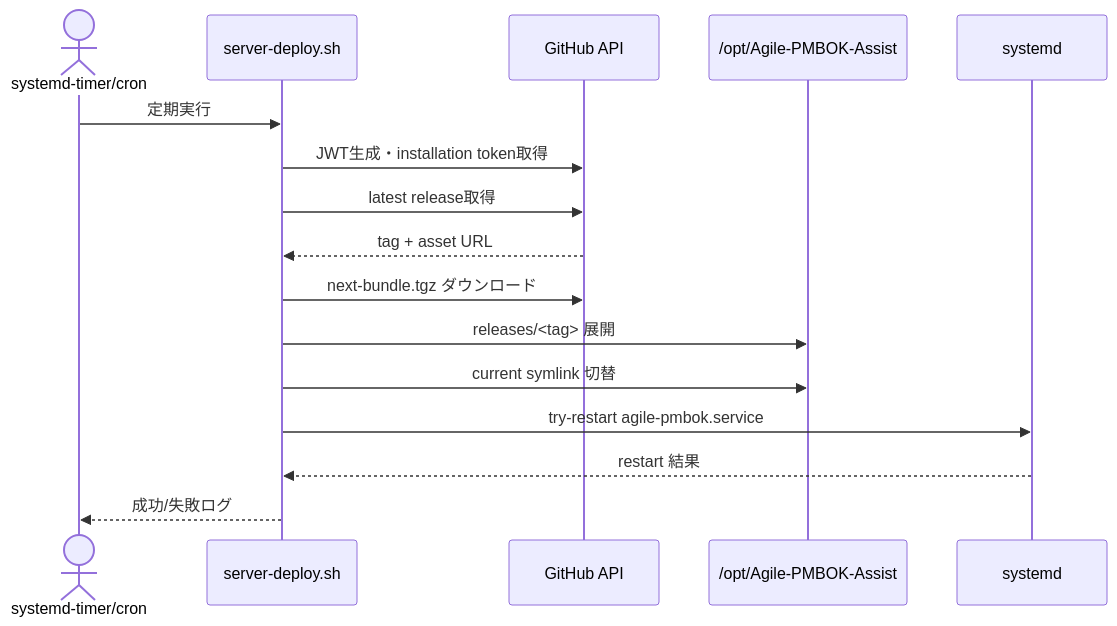
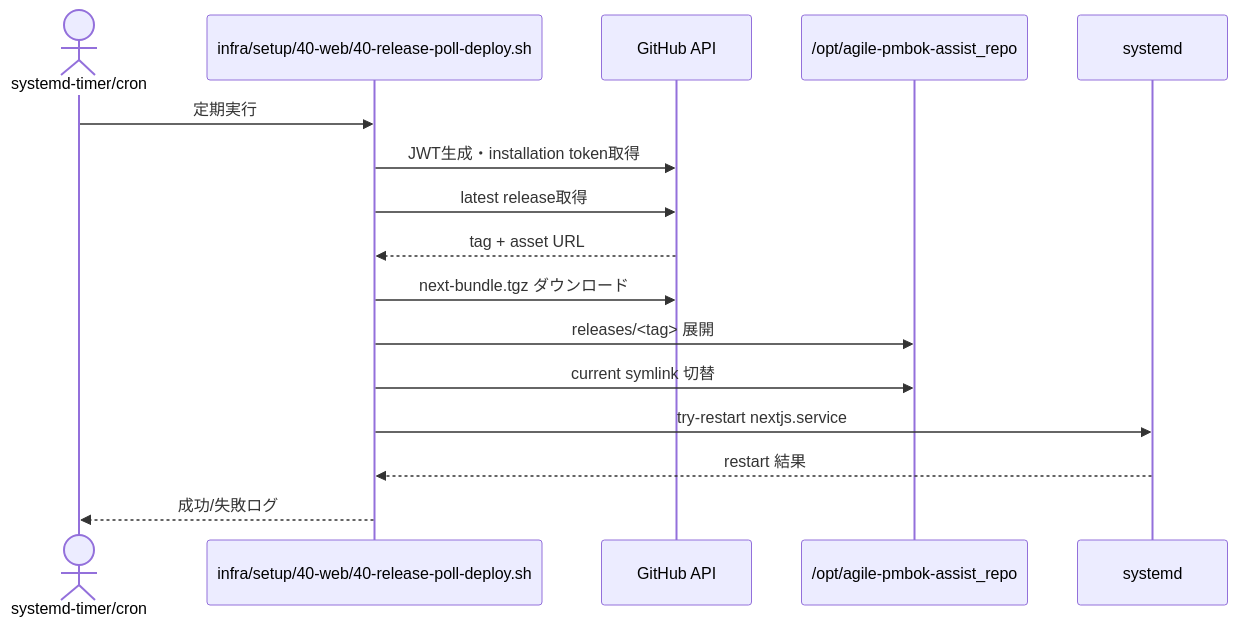
The first of 2 diagrams in .github/copilot/plans/53-release-auto-deploy-plan.md (LevelCapTech/Agile-PMBOK-Assist), drawn with Mermaid before and after one commit. The commit also changed other lines of this file, not shown here.

````diff
--- a/.github/copilot/plans/53-release-auto-deploy-plan.md
+++ b/.github/copilot/plans/53-release-auto-deploy-plan.md
@@ -70,19 +71,19 @@
 ```mermaid
 sequenceDiagram
   actor Timer as systemd-timer/cron
-  participant Script as server-deploy.sh
+  participant Script as infra/setup/40-web/40-release-poll-deploy.sh
   participant GitHub as GitHub API
-  participant FS as /opt/Agile-PMBOK-Assist
+  participant FS as /opt/agile-pmbok-assist_repo
   participant Systemd as systemd
 
   Timer->>Script: 定期実行
   Script->>GitHub: JWT生成・installation token取得
   Script->>GitHub: latest release取得
   GitHub-->>Script: tag + asset URL
   Script->>GitHub: next-bundle.tgz ダウンロード
   Script->>FS: releases/<tag> 展開
   Script->>FS: current symlink 切替
-  Script->>Systemd: try-restart agile-pmbok.service
+  Script->>Systemd: try-restart nextjs.service
   Systemd-->>Script: restart 結果
   Script-->>Timer: 成功/失敗ログ
 ```
````
